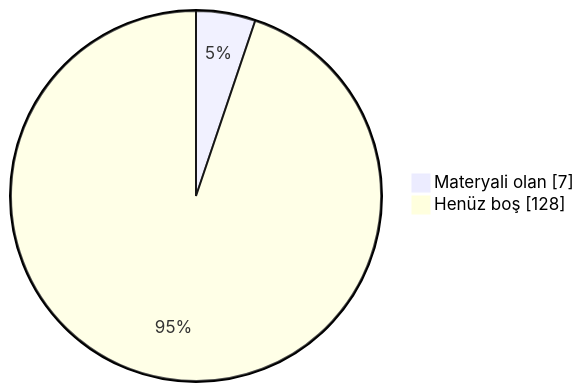
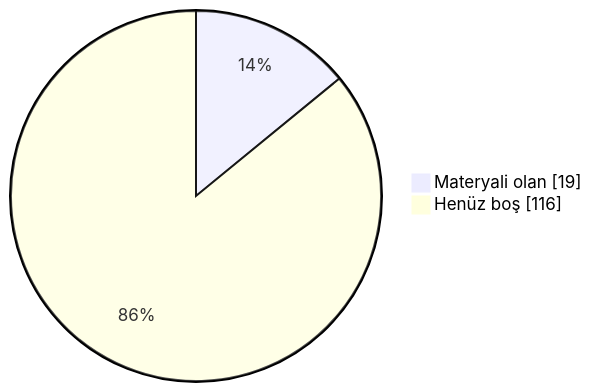
Before and after one commit to MarmaraArsiv/tek_makine: the diagram in README.md, drawn with Mermaid. The commit also changed other lines of this file, not shown here.

````diff
--- a/README.md
+++ b/README.md
@@ -108,5 +108,5 @@
 ```mermaid
 pie showData
-  "Materyali olan" : 7
-  "Henüz boş" : 128
+  "Materyali olan" : 19
+  "Henüz boş" : 116
 ```
````
